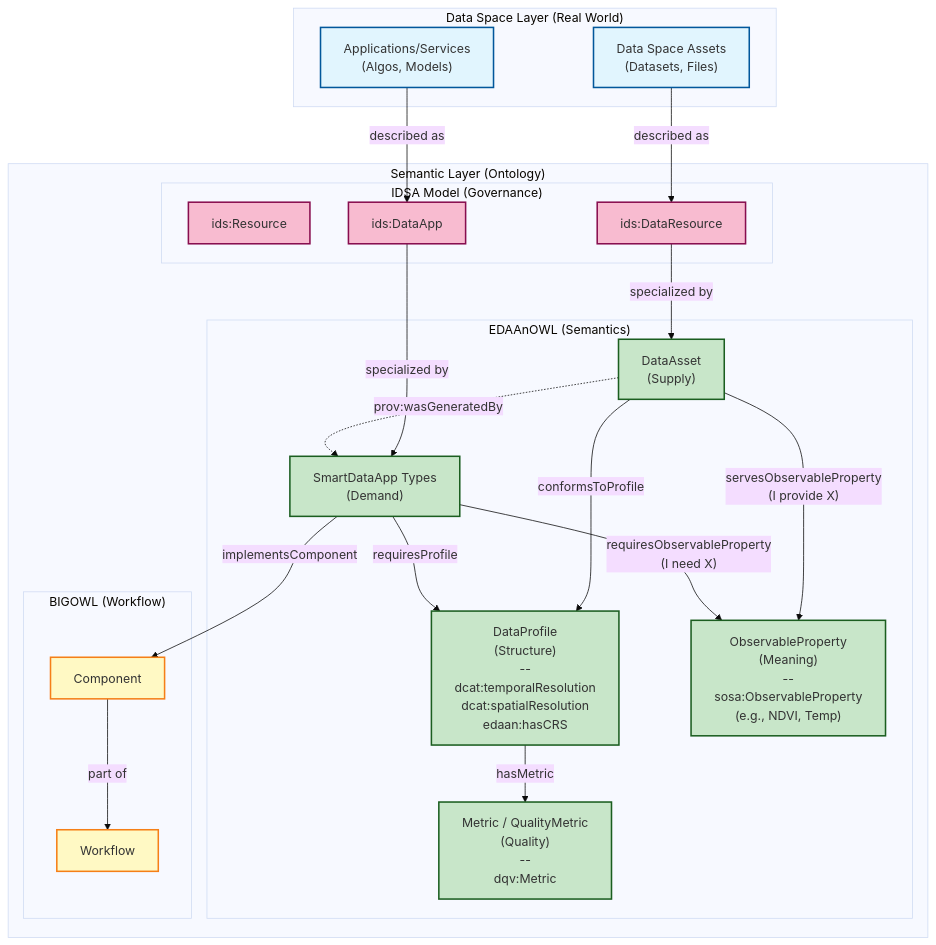
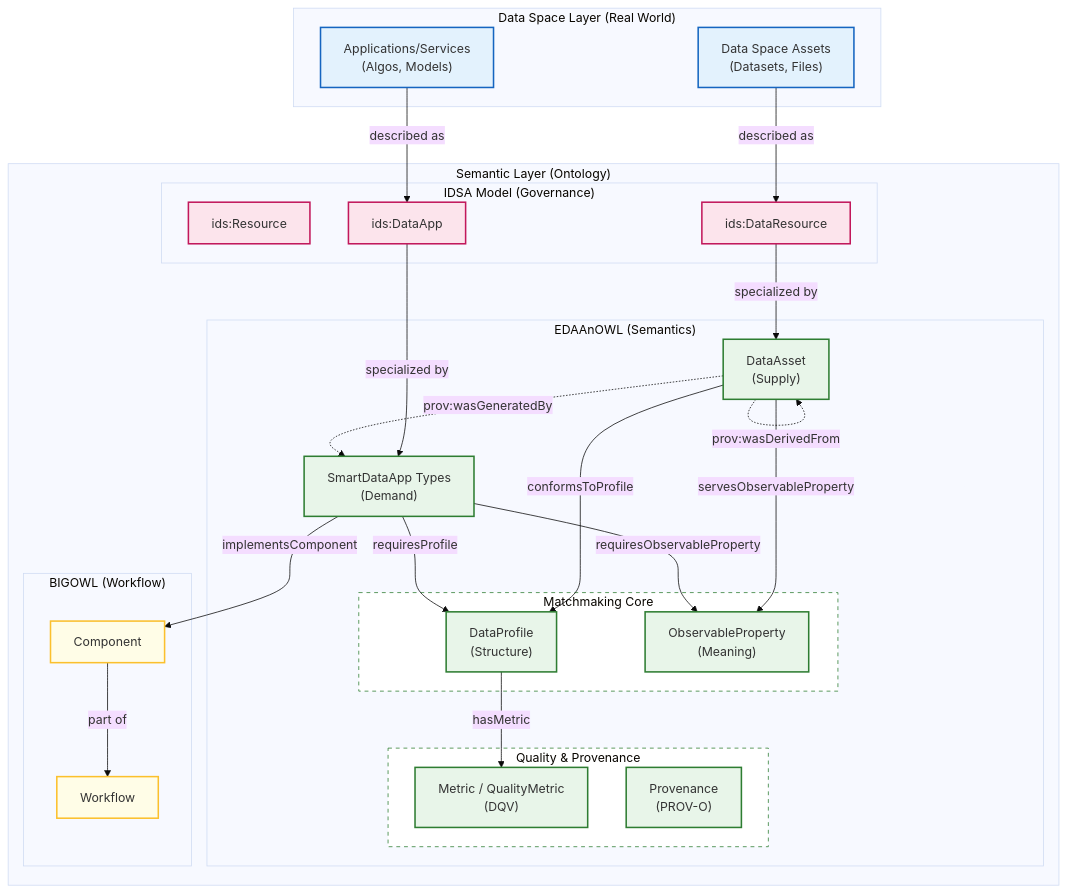
The diagram in ARCHITECTURE.md (KhaosResearch/EDAAnOWL), drawn with Mermaid (base theme) before and after one commit. The commit also changed 2 other files, not shown here.

Commit message:
docs: Restructure EDAAnOWL architecture with matchmaking and quality/provenance subgraphs, add new diagram, and create v0.3.1 documentation.

````diff
--- a/ARCHITECTURE.md
+++ b/ARCHITECTURE.md
@@ -3,57 +3,67 @@
 ```mermaid
 graph TB
     subgraph DataSpace ["Data Space Layer (Real World)"]
         DS["Data Space Assets<br/>(Datasets, Files)"]
         AP["Applications/Services<br/>(Algos, Models)"]
     end
 
     subgraph Semantic ["Semantic Layer (Ontology)"]
         subgraph IDSA ["IDSA Model (Governance)"]
             IR["ids:Resource"]
             IDR["ids:DataResource"]
             IDA["ids:DataApp"]
         end
 
         subgraph EDAAnOWL ["EDAAnOWL (Semantics)"]
             DA["DataAsset<br/>(Supply)"]
             Apps["SmartDataApp Types<br/>(Demand)"]
-            Prof["DataProfile<br/>(Structure)<br/>--<br/>dcat:temporalResolution<br/>dcat:spatialResolution<br/>edaan:hasCRS"]
-            OP["ObservableProperty<br/>(Meaning)<br/>--<br/>sosa:ObservableProperty<br/>(e.g., NDVI, Temp)"]
-            Met["Metric / QualityMetric<br/>(Quality)<br/>--<br/>dqv:Metric"]
+            
+            subgraph Matchmaking ["Matchmaking Core"]
+                Prof["DataProfile<br/>(Structure)"]
+                OP["ObservableProperty<br/>(Meaning)"]
+            end
+            
+            subgraph QualityProv ["Quality & Provenance"]
+                Met["Metric / QualityMetric<br/>(DQV)"]
+                Prov["Provenance<br/>(PROV-O)"]
+            end
         end
 
         subgraph BIGOWL ["BIGOWL (Workflow)"]
             WF["Workflow"]
             Comp["Component"]
         end
     end
 
     %% Relationships
     DS -->|"described as"| IDR
     AP -->|"described as"| IDA
     IDR -->|"specialized by"| DA
     IDA -->|"specialized by"| Apps
     
-    DA -- "servesObservableProperty<br/>(I provide X)" --> OP
-    Apps -- "requiresObservableProperty<br/>(I need X)" --> OP
+    DA -- "servesObservableProperty" --> OP
+    Apps -- "requiresObservableProperty" --> OP
     
     DA -- "conformsToProfile" --> Prof
     Apps -- "requiresProfile" --> Prof
 
     Prof -- "hasMetric" --> Met
     DA -.->|"prov:wasGeneratedBy"| Apps
+    DA -.->|"prov:wasDerivedFrom"| DA
 
     Apps -- "implementsComponent" --> Comp
     Comp -->|"part of"| WF
 
     %% Styling
-    classDef space fill:#e1f5fe,stroke:#01579b,stroke-width:2px
-    classDef idsa fill:#f8bbd0,stroke:#880e4f,stroke-width:2px
-    classDef edaan fill:#c8e6c9,stroke:#1b5e20,stroke-width:2px
-    classDef bigowl fill:#fff9c4,stroke:#f57f17,stroke-width:2px
+    classDef space fill:#e3f2fd,stroke:#1565c0,stroke-width:2px
+    classDef idsa fill:#fce4ec,stroke:#c2185b,stroke-width:2px
+    classDef edaan fill:#e8f5e9,stroke:#2e7d32,stroke-width:2px
+    classDef bigowl fill:#fffde7,stroke:#fbc02d,stroke-width:2px
+    classDef core fill:#ffffff,stroke:#2e7d32,stroke-width:1px,stroke-dasharray: 5 5
 
     class DS,AP space
     class IR,IDR,IDA idsa
-    class DA,Apps,Prof,OP,Met edaan
+    class DA,Apps,Prof,OP,Met,Prov edaan
     class WF,Comp bigowl
+    class Matchmaking,QualityProv core
 ```
````
